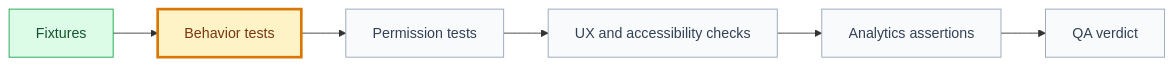
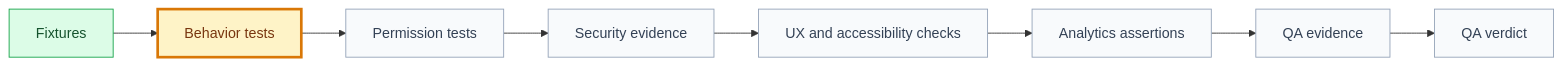
Before and after one commit to JonatasFreireDev/spec-framework: the diagram in knowledge/templates/tests-template.md, drawn with Mermaid. The commit also changed other lines of this file and 20 other files, not shown here.

Commit message:
Add QA evidence and security review gates

````diff
--- a/knowledge/templates/tests-template.md
+++ b/knowledge/templates/tests-template.md
@@ -31,17 +31,19 @@
 ```mermaid
 flowchart LR
   A["Fixtures"] --> B["Behavior tests"]
   B --> C["Permission tests"]
-  C --> D["UX and accessibility checks"]
-  D --> E["Analytics assertions"]
-  E --> F["QA verdict"]
+  C --> D["Security evidence"]
+  D --> E["UX and accessibility checks"]
+  E --> F["Analytics assertions"]
+  F --> G["QA evidence"]
+  G --> H["QA verdict"]
 
   classDef done fill:#dcfce7,stroke:#16a34a,color:#14532d;
   classDef current fill:#fef3c7,stroke:#d97706,color:#78350f,stroke-width:3px;
   classDef pending fill:#f8fafc,stroke:#94a3b8,color:#334155;
   classDef blocked fill:#fee2e2,stroke:#dc2626,color:#7f1d1d;
 
   class A done;
   class B current;
-  class C,D,E,F pending;
+  class C,D,E,F,G,H pending;
 ```
````
